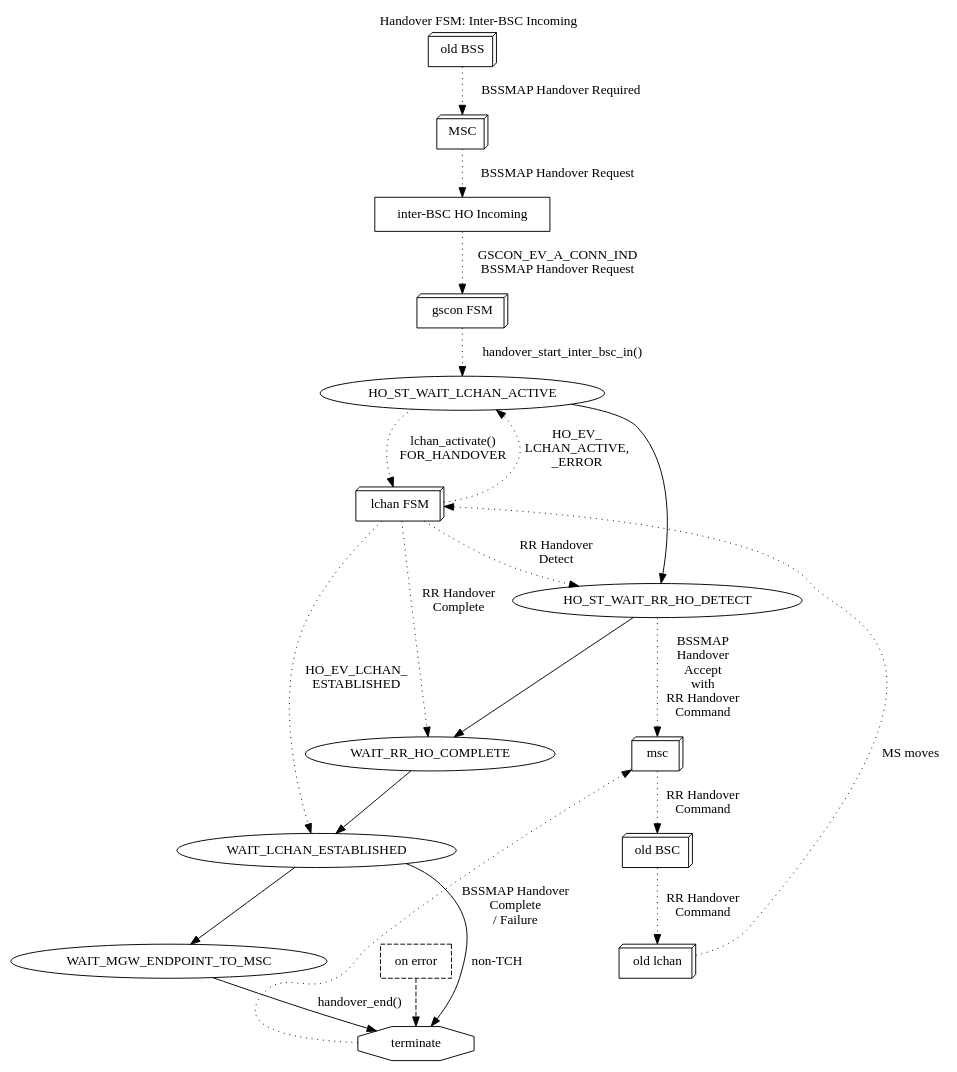
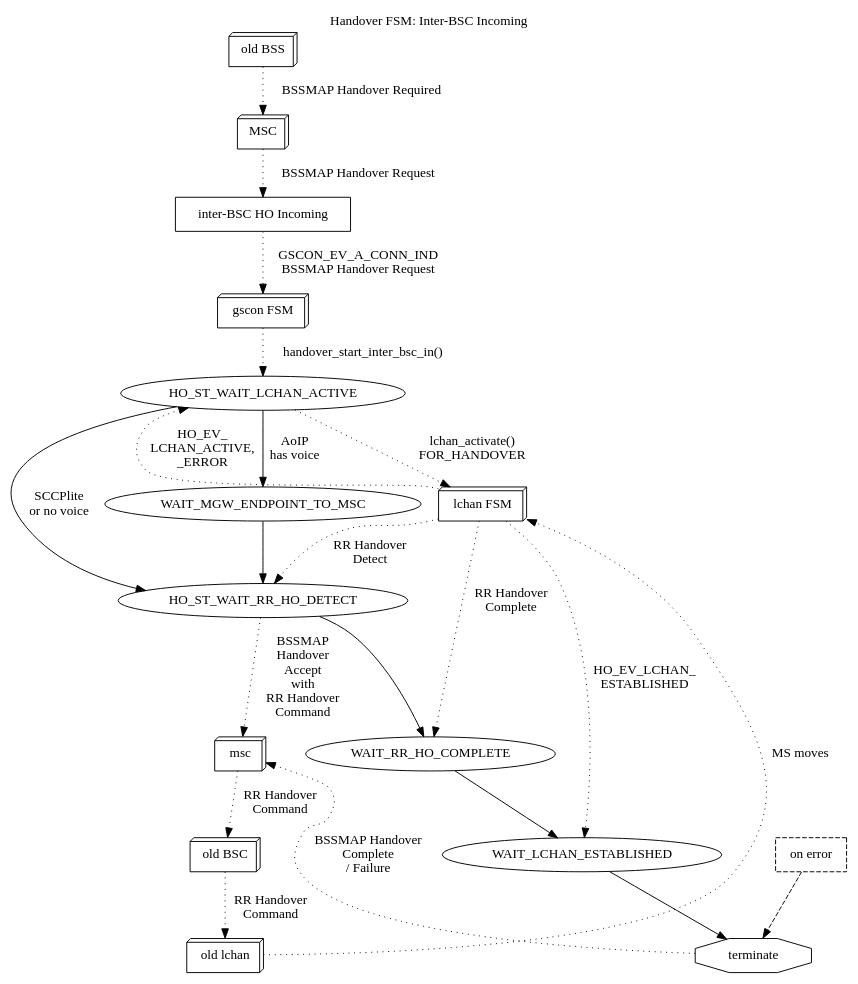
The diagram in doc/handover-inter-bsc-in-fsm.dot (osmocom/osmo-bsc), drawn with Graphviz before and after one commit. The commit also changed 1 other file, not shown here.

Commit message:
handover dot charts: fix wrong transitions regarding MGW
Related: SYS#5315 OS#4940 OS#3277

```diff
--- a/doc/handover-inter-bsc-in-fsm.dot
+++ b/doc/handover-inter-bsc-in-fsm.dot
@@ -1,42 +1,43 @@
 digraph G {
 rankdir=TB
 labelloc=t; label="Handover FSM: Inter-BSC Incoming"
 
 	old_bss [label="old BSS",shape=box3d]
 	msc [label="MSC",shape=box3d]
 	ho_in [label="inter-BSC HO Incoming",shape=box]
 	gscon [label="gscon FSM",shape=box3d]
 	lchan [label="lchan FSM",shape=box3d]
 	msc2 [label="msc",shape=box3d]
 	old_bsc2 [label="old BSC",shape=box3d]
 	old_lchan [label="old lchan",shape=box3d]
 	terminate [shape=octagon]
 
 	old_bss -> msc [label="BSSMAP Handover Required",style=dotted]
 	msc -> ho_in [label="BSSMAP Handover Request",style=dotted]
 	ho_in -> gscon [label="GSCON_EV_A_CONN_IND\nBSSMAP Handover Request",style=dotted]
 	gscon -> HO_ST_WAIT_LCHAN_ACTIVE [label="handover_start_inter_bsc_in()",style=dotted]
 	HO_ST_WAIT_LCHAN_ACTIVE -> lchan [label="lchan_activate()\nFOR_HANDOVER",style=dotted]
 	lchan -> HO_ST_WAIT_LCHAN_ACTIVE [label="HO_EV_\nLCHAN_ACTIVE,\n_ERROR",style=dotted,constraint=false]
-	HO_ST_WAIT_LCHAN_ACTIVE -> HO_ST_WAIT_RR_HO_DETECT
+	HO_ST_WAIT_LCHAN_ACTIVE -> HO_ST_WAIT_RR_HO_DETECT [label="SCCPlite\nor no voice"]
+
+	HO_ST_WAIT_LCHAN_ACTIVE -> WAIT_MGW_ENDPOINT_TO_MSC [label="AoIP\nhas voice"]
+	WAIT_MGW_ENDPOINT_TO_MSC -> HO_ST_WAIT_RR_HO_DETECT
 	
 	HO_ST_WAIT_RR_HO_DETECT -> msc2 [label="BSSMAP\nHandover\nAccept\nwith\nRR Handover\nCommand",style=dotted]
 	msc2 -> old_bsc2 -> old_lchan [label="RR Handover\nCommand",style=dotted]
 	old_lchan -> lchan [label="MS moves",style=dotted,constraint=false]
 
 	lchan -> HO_ST_WAIT_RR_HO_DETECT [label="RR Handover\nDetect",style=dotted]
 	HO_ST_WAIT_RR_HO_DETECT -> WAIT_RR_HO_COMPLETE
 
 	lchan -> WAIT_RR_HO_COMPLETE [label="RR Handover\nComplete",style=dotted]
 	WAIT_RR_HO_COMPLETE -> WAIT_LCHAN_ESTABLISHED
 	lchan -> WAIT_LCHAN_ESTABLISHED [label="HO_EV_LCHAN_\nESTABLISHED",style=dotted]
 
-	WAIT_LCHAN_ESTABLISHED -> terminate [label="non-TCH"]
-	WAIT_LCHAN_ESTABLISHED -> WAIT_MGW_ENDPOINT_TO_MSC
-	WAIT_MGW_ENDPOINT_TO_MSC -> terminate [label="handover_end()"]
+	WAIT_LCHAN_ESTABLISHED -> terminate
 	terminate -> msc2 [label="BSSMAP Handover\nComplete\n/ Failure",style=dotted,constraint=false]
 
 	err [label="on error",shape=box,style=dashed]
 	err -> terminate [style=dashed]
 
 }
```
